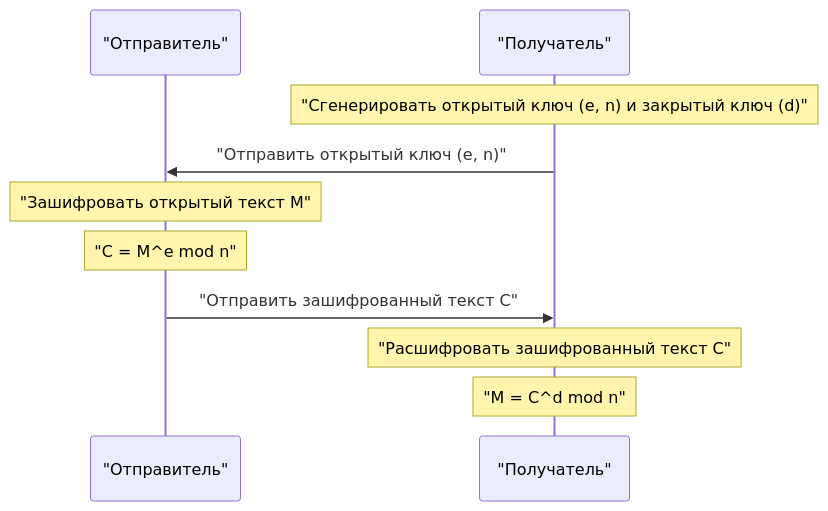
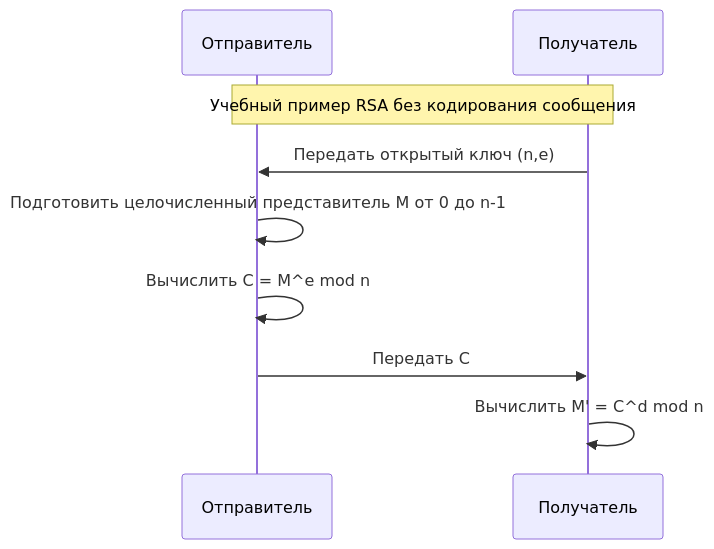
Before and after one commit to kenjinote/blog: the second of 2 diagrams in content/post/fermats-little-theorem/index.ru.md, drawn with Mermaid. The commit also changed other lines of this file and 5 other files, not shown here.

````diff
--- a/content/post/fermats-little-theorem/index.ru.md
+++ b/content/post/fermats-little-theorem/index.ru.md
@@ -101,12 +79,11 @@
 ```mermaid
 sequenceDiagram
-    participant Sender as "Отправитель"
-    participant Receiver as "Получатель"
-    Note over Receiver: "Сгенерировать открытый ключ (e, n) и закрытый ключ (d)"
-    Receiver->>Sender: "Отправить открытый ключ (e, n)"
-    Note over Sender: "Зашифровать открытый текст M"
-    Note over Sender: "C = M^e mod n"
-    Sender->>Receiver: "Отправить зашифрованный текст C"
-    Note over Receiver: "Расшифровать зашифрованный текст C"
-    Note over Receiver: "M = C^d mod n"
+    participant Sender as Отправитель
+    participant Receiver as Получатель
+    Note over Sender,Receiver: Учебный пример RSA без кодирования сообщения
+    Receiver->>Sender: Передать открытый ключ (n,e)
+    Sender->>Sender: Подготовить целочисленный представитель M от 0 до n-1
+    Sender->>Sender: Вычислить C = M^e mod n
+    Sender->>Receiver: Передать C
+    Receiver->>Receiver: Вычислить M' = C^d mod n
 ```
````
